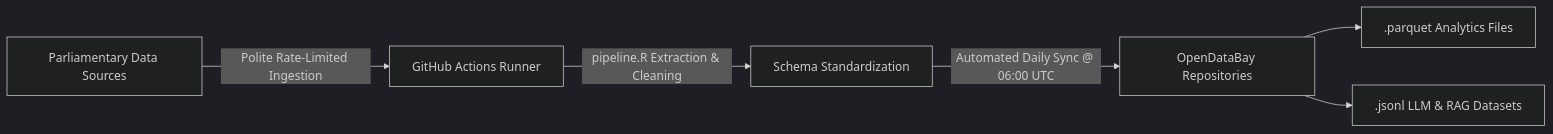
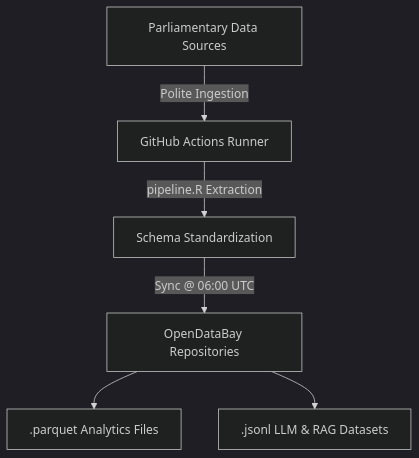
Before and after one commit to velvetcod3/AbyssDataLabs: the diagram in README.md, drawn with Mermaid (dark theme).

Commit message:
docs: fix mermaid text truncation on arrows

````diff
--- a/README.md
+++ b/README.md
@@ -17,9 +17,9 @@
 ```mermaid
-graph LR
-    A[Parliamentary Data Sources] -->|Polite Rate-Limited Ingestion| B[GitHub Actions Runner]
-    B -->|pipeline.R Extraction & Cleaning| C[Schema Standardization]
-    C -->|Automated Daily Sync @ 06:00 UTC| D[OpenDataBay Repositories]
+graph TD
+    A[Parliamentary Data Sources] -->|Polite Ingestion| B[GitHub Actions Runner]
+    B -->|pipeline.R Extraction| C[Schema Standardization]
+    C -->|Sync @ 06:00 UTC| D[OpenDataBay Repositories]
     
     D --> E[.parquet Analytics Files]
     D --> F[.jsonl LLM & RAG Datasets]
 ```
````
